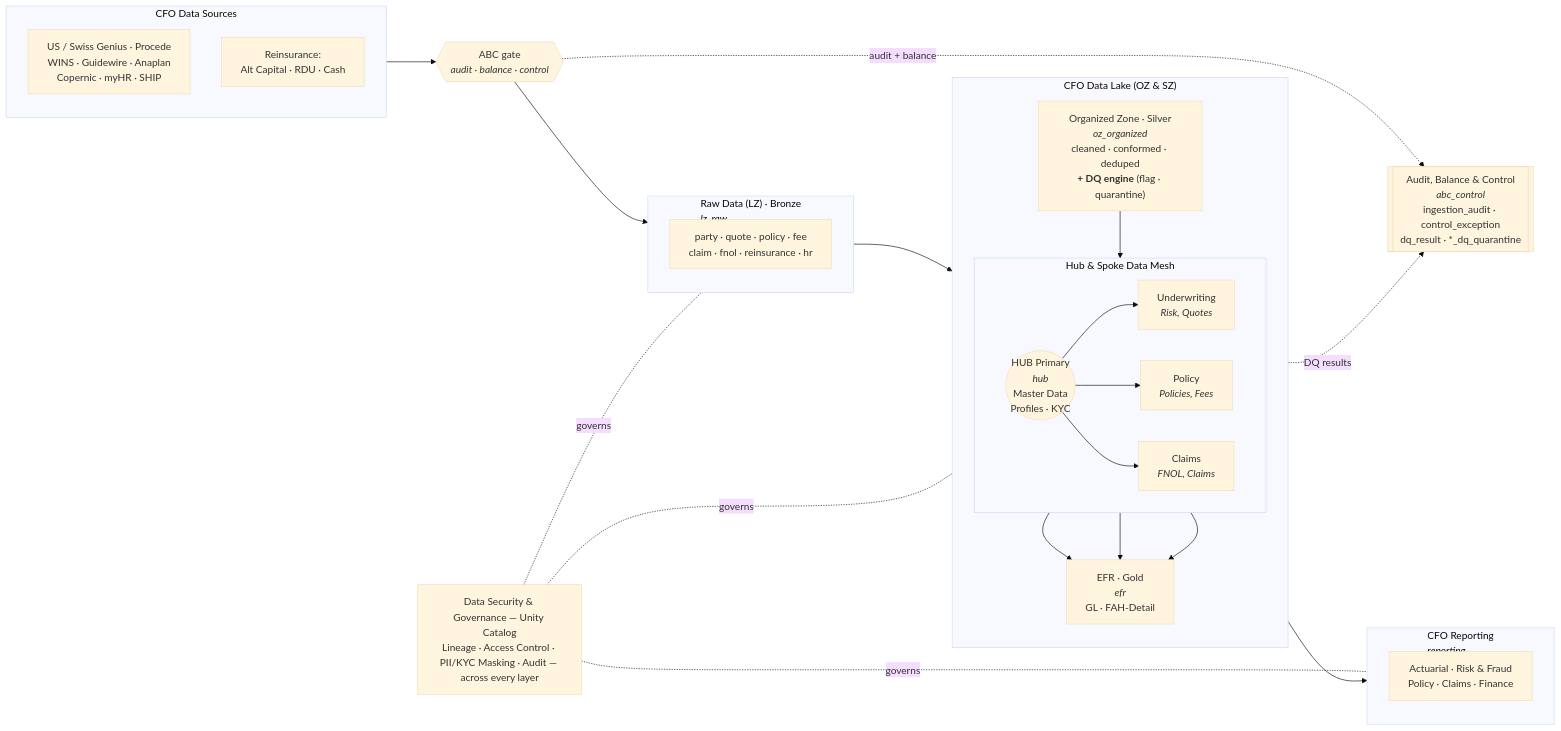
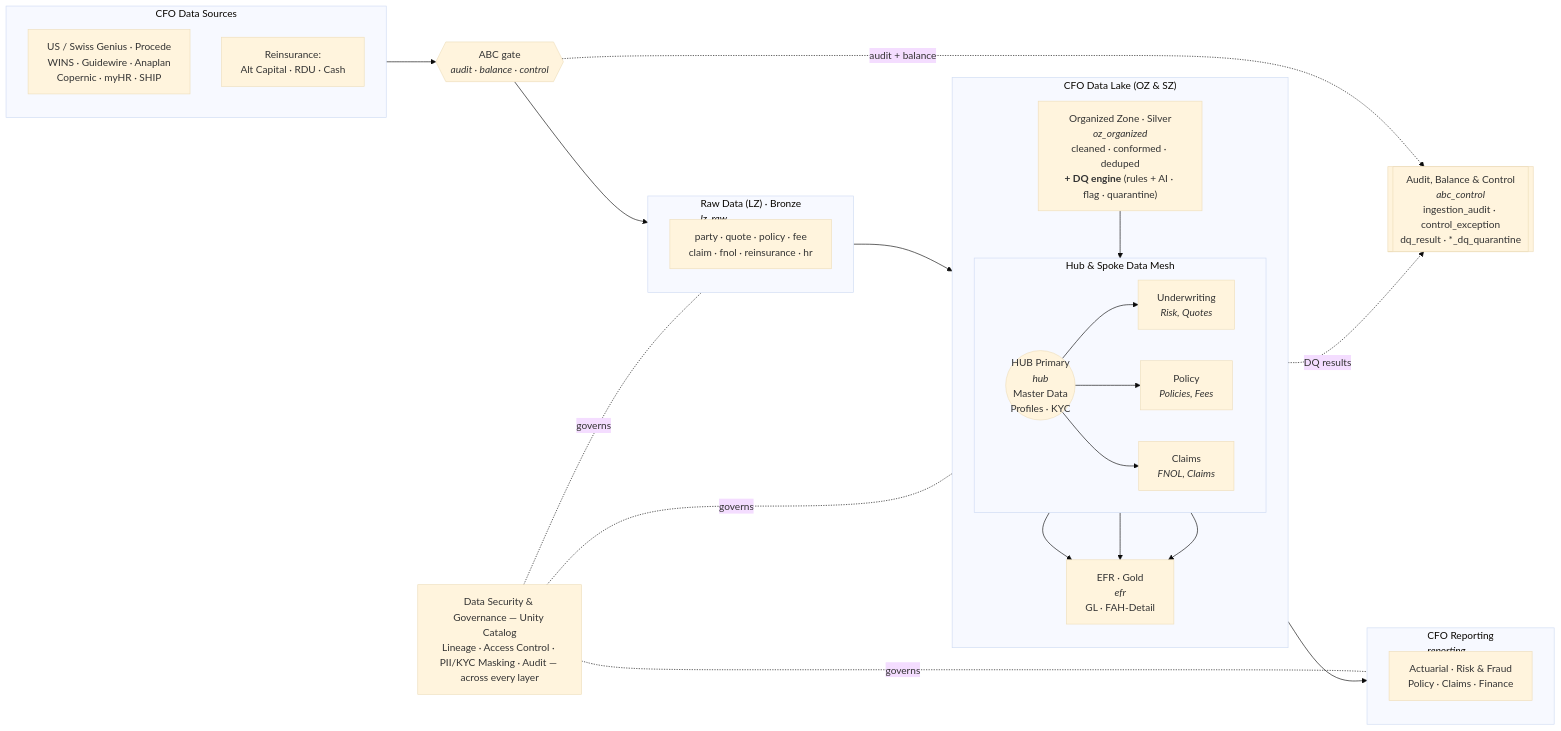
One commit to saswata30/cfo_data_hub changed the diagram in README.md. Above: the diagram before and after it, drawn with Mermaid (base theme). The commit also changed other lines of this file and 6 other files, not shown here.

````diff
--- a/README.md
+++ b/README.md
@@ -23,43 +24,43 @@
 ```mermaid
 flowchart LR
   subgraph SRC["CFO Data Sources"]
     direction TB
     S1["US / Swiss Genius · Procede<br/>WINS · Guidewire · Anaplan<br/>Copernic · myHR · SHIP"]
     S2["Reinsurance:<br/>Alt Capital · RDU · Cash"]
   end
 
   ABCGATE{{"ABC gate<br/><i>audit · balance · control</i>"}}
 
   subgraph LZ["Raw Data (LZ) · Bronze<br/><i>lz_raw</i>"]
     B["party · quote · policy · fee<br/>claim · fnol · reinsurance · hr"]
   end
 
   subgraph LAKE["CFO Data Lake (OZ & SZ)"]
     direction TB
-    OZ["Organized Zone · Silver<br/><i>oz_organized</i><br/>cleaned · conformed · deduped<br/><b>+ DQ engine</b> (flag · quarantine)"]
+    OZ["Organized Zone · Silver<br/><i>oz_organized</i><br/>cleaned · conformed · deduped<br/><b>+ DQ engine</b> (rules + AI · flag · quarantine)"]
     subgraph MESH["Hub & Spoke Data Mesh"]
       direction LR
       HUB(("HUB Primary<br/><i>hub</i><br/>Master Data<br/>Profiles · KYC"))
       UW["Underwriting<br/><i>Risk, Quotes</i>"]
       POL["Policy<br/><i>Policies, Fees</i>"]
       CLM["Claims<br/><i>FNOL, Claims</i>"]
     end
     EFR["EFR · Gold<br/><i>efr</i><br/>GL · FAH-Detail"]
   end
 
   subgraph RPT["CFO Reporting<br/><i>reporting</i>"]
     direction TB
     R["Actuarial · Risk & Fraud<br/>Policy · Claims · Finance"]
   end
 
   ABC[["Audit, Balance & Control<br/><i>abc_control</i><br/>ingestion_audit · control_exception<br/>dq_result · *_dq_quarantine"]]
 
   GOV["Data Security & Governance — Unity Catalog<br/>Lineage · Access Control · PII/KYC Masking · Audit — across every layer"]
 
   SRC --> ABCGATE --> LZ --> OZ --> HUB
   HUB --> UW & POL & CLM
   UW & POL & CLM --> EFR --> RPT
   ABCGATE -.audit + balance.-> ABC
   OZ -.DQ results.-> ABC
   GOV -.governs.- LZ & LAKE & RPT
 ```
````
